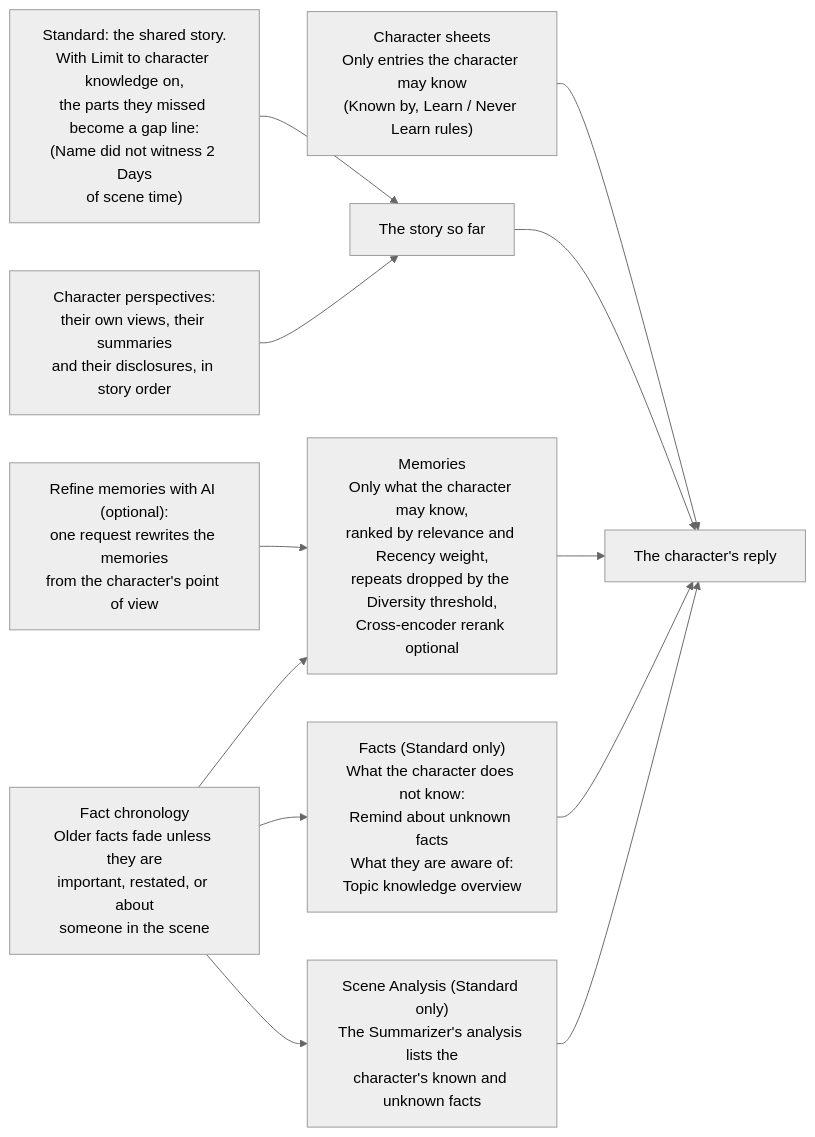
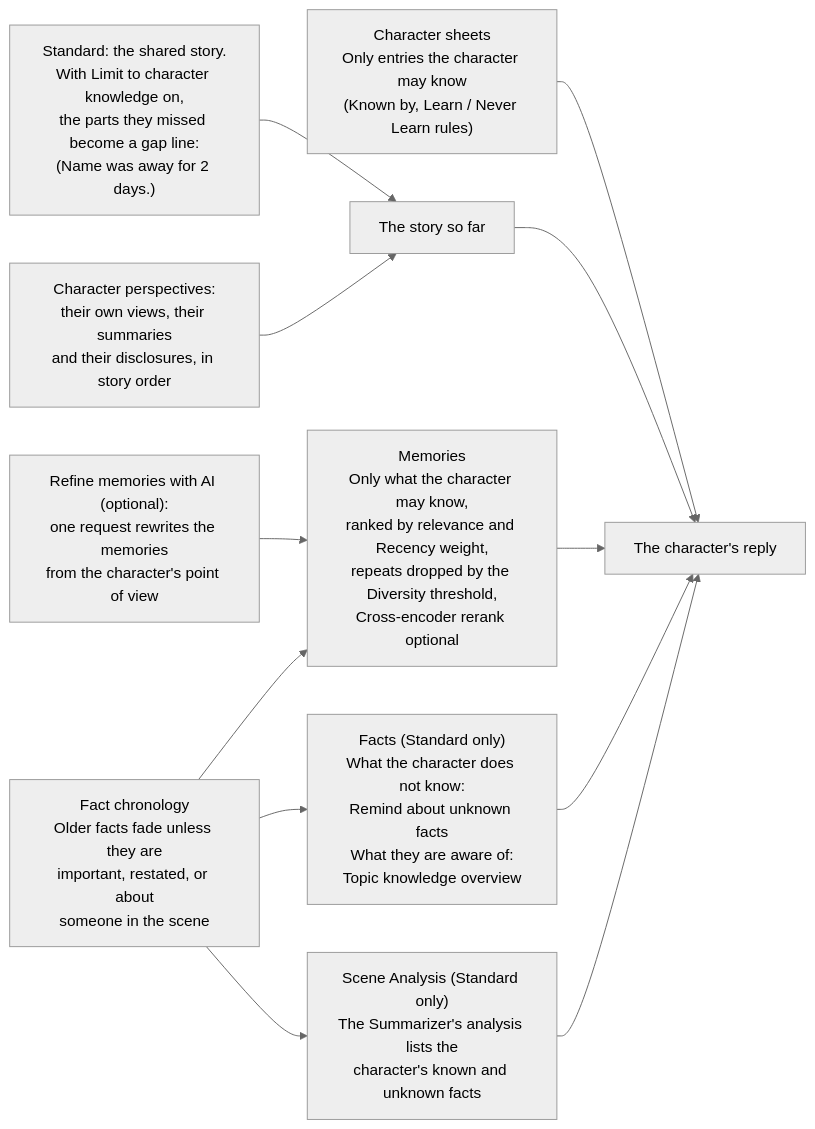
One commit to vegu-ai/talemate changed the fourth of 6 diagrams in docs/user-guide/world-editor/knowledge-how-it-works.md. Above: the diagram before and after it, drawn with Mermaid (neutral theme). The commit also changed other lines of this file and 61 other files, not shown here.

````diff
--- a/docs/user-guide/world-editor/knowledge-how-it-works.md
+++ b/docs/user-guide/world-editor/knowledge-how-it-works.md
@@ -172,15 +152,15 @@
 ```mermaid
 flowchart LR
     R["The character's reply"]
     S["Character sheets<br/>Only entries the character may know<br/>(Known by, Learn / Never Learn rules)"] --> R
     H["The story so far"] --> R
-    H1["Standard: the shared story.<br/>With Limit to character knowledge on,<br/>the parts they missed become a gap line:<br/>(Name did not witness 2 Days<br/>of scene time)"] --> H
+    H1["Standard: the shared story.<br/>With Limit to character knowledge on,<br/>the parts they missed become a gap line:<br/>(Name was away for 2 days.)"] --> H
     H2["Character perspectives:<br/>their own views, their summaries<br/>and their disclosures, in story order"] --> H
     M["Memories<br/>Only what the character may know,<br/>ranked by relevance and Recency weight,<br/>repeats dropped by the Diversity threshold,<br/>Cross-encoder rerank optional"] --> R
     M1["Refine memories with AI (optional):<br/>one request rewrites the memories<br/>from the character's point of view"] --> M
     F["Facts (Standard only)<br/>What the character does not know:<br/>Remind about unknown facts<br/>What they are aware of:<br/>Topic knowledge overview"] --> R
     A["Scene Analysis (Standard only)<br/>The Summarizer's analysis lists the<br/>character's known and unknown facts"] --> R
     T["Fact chronology<br/>Older facts fade unless they are<br/>important, restated, or about<br/>someone in the scene"] --> F
     T --> M
     T --> A
 ```
````
